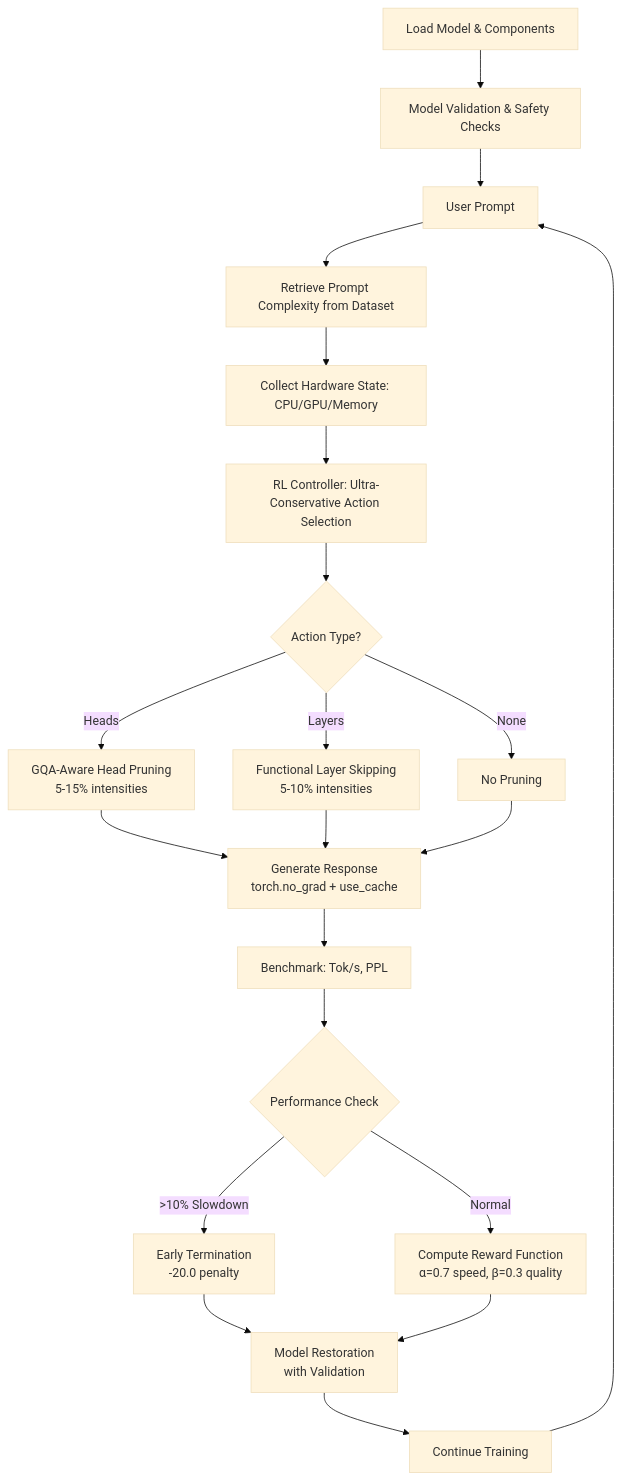
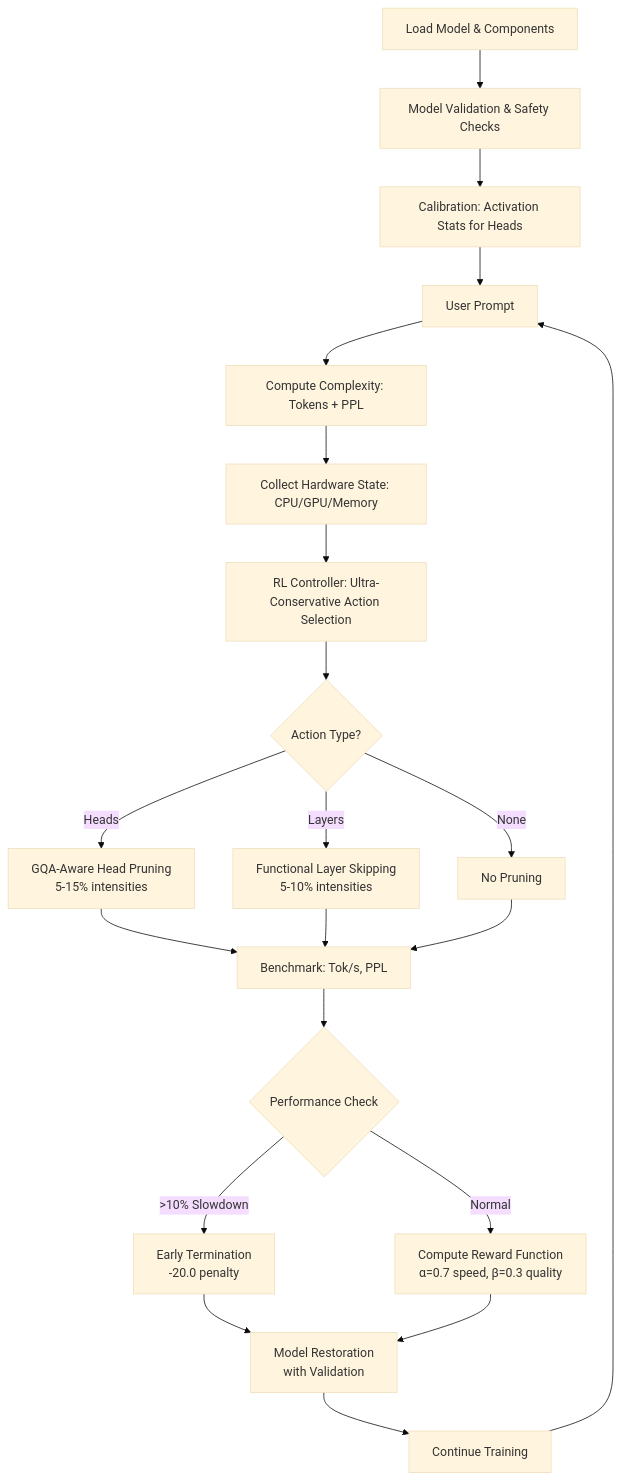
The second of 4 diagrams in README.md (asief-iqbal/Thesis), drawn with Mermaid (base theme) before and after one commit.

````diff
--- a/README.md
+++ b/README.md
@@ -268,23 +268,23 @@
 ```mermaid
 flowchart TD
-    A[Load Model & Components] --> C[Model Validation & Safety Checks]
+    A[Load Model & Components] --> B[Model Validation & Safety Checks]
+    B --> C[Calibration: Activation Stats for Heads]
     C --> D[User Prompt]
-    D --> E[Retrieve Prompt Complexity from Dataset]
+    D --> E[Compute Complexity: Tokens + PPL]
     E --> F[Collect Hardware State: CPU/GPU/Memory]
     F --> G[RL Controller: Ultra-Conservative Action Selection]
     G --> H{Action Type?}
     H -->|Heads| I[GQA-Aware Head Pruning<br/>5-15% intensities]
     H -->|Layers| J[Functional Layer Skipping<br/>5-10% intensities]
     H -->|None| K[No Pruning]
-    I --> L[Generate Response<br/>torch.no_grad + use_cache]
-    J --> L
-    K --> L
-    L --> M[Benchmark: Tok/s, PPL]
+    I --> M[Benchmark: Tok/s, PPL]
+    J --> M
+    K --> M
     M --> N{Performance Check}
     N -->|>10% Slowdown| O[Early Termination<br/>-20.0 penalty]
     N -->|Normal| P[Compute Reward Function<br/>α=0.7 speed, β=0.3 quality]
     O --> Q[Model Restoration<br/>with Validation]
     P --> Q
     Q --> R[Continue Training]
     R --> D
 ```
````
